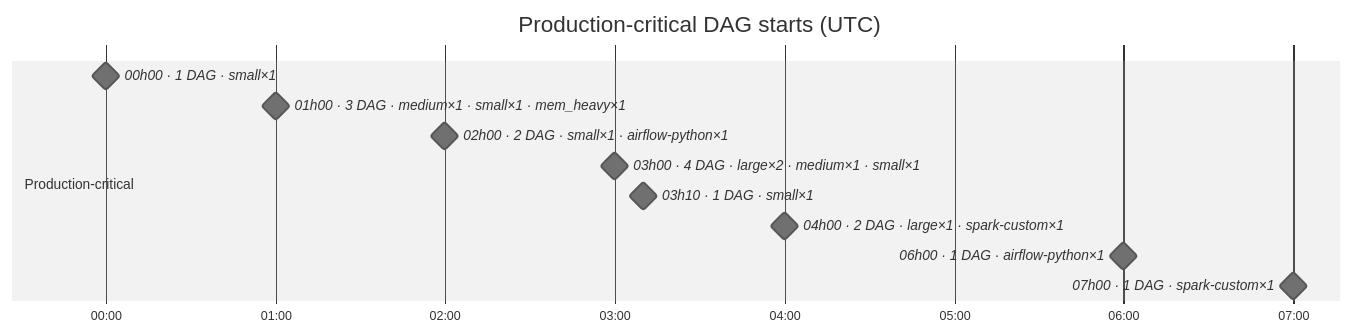
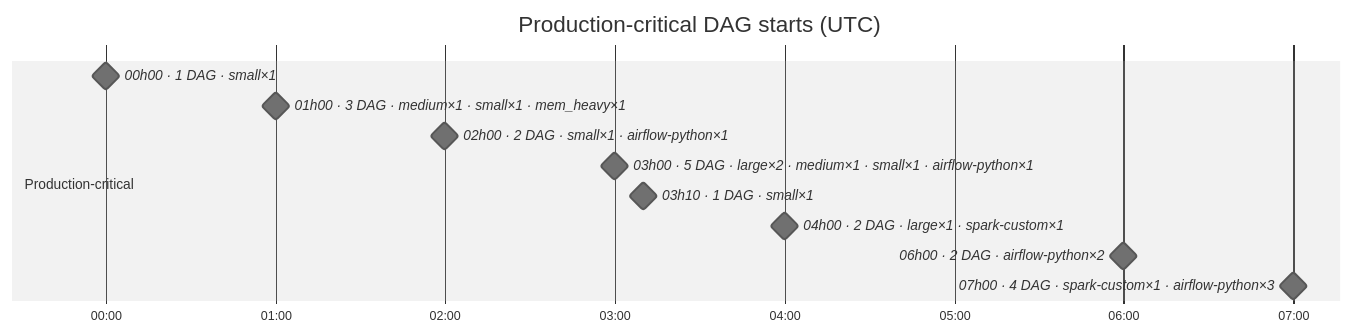
Before and after one commit to DayMarket/ml-feature-platform: the second of 7 diagrams in docs/feature_platform_map.md, drawn with Mermaid (neutral theme). The commit also changed other lines of this file and 25 other files, not shown here.

````diff
--- a/docs/feature_platform_map.md
+++ b/docs/feature_platform_map.md
@@ -112,16 +126,16 @@
 ```mermaid
 gantt
     title Production-critical DAG starts (UTC)
     dateFormat HH:mm
     axisFormat %H:%M
     tickInterval 1hour
     section Production-critical
     00h00 · 1 DAG · small×1 :milestone, s0_0000, 00:00, 0m
     01h00 · 3 DAG · medium×1 · small×1 · mem_heavy×1 :milestone, s0_0060, 01:00, 0m
     02h00 · 2 DAG · small×1 · airflow-python×1 :milestone, s0_0120, 02:00, 0m
-    03h00 · 4 DAG · large×2 · medium×1 · small×1 :milestone, s0_0180, 03:00, 0m
+    03h00 · 5 DAG · large×2 · medium×1 · small×1 · airflow-python×1 :milestone, s0_0180, 03:00, 0m
     03h10 · 1 DAG · small×1 :milestone, s0_0190, 03:10, 0m
     04h00 · 2 DAG · large×1 · spark-custom×1 :milestone, s0_0240, 04:00, 0m
-    06h00 · 1 DAG · airflow-python×1 :milestone, s0_0360, 06:00, 0m
-    07h00 · 1 DAG · spark-custom×1 :milestone, s0_0420, 07:00, 0m
+    06h00 · 2 DAG · airflow-python×2 :milestone, s0_0360, 06:00, 0m
+    07h00 · 4 DAG · spark-custom×1 · airflow-python×3 :milestone, s0_0420, 07:00, 0m
 ```
````
